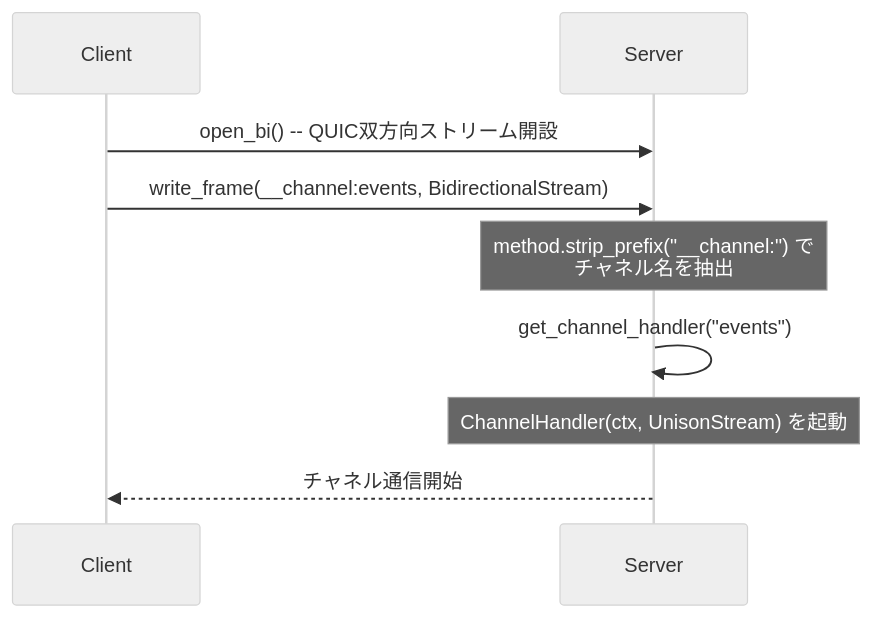
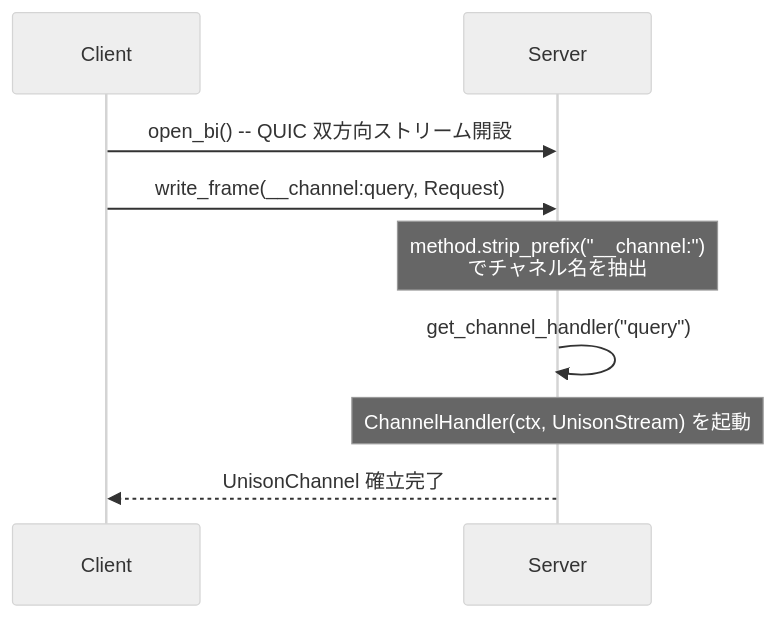
One commit to chronista-club/unison changed the fifth of 9 diagrams in spec/01-core-concept/SPEC.md. Above: the diagram before and after it, drawn with Mermaid (neutral theme). The commit also changed other lines of this file and 33 other files, not shown here.

````diff
--- a/spec/01-core-concept/SPEC.md
+++ b/spec/01-core-concept/SPEC.md
@@ -139,12 +164,12 @@
 ```mermaid
 sequenceDiagram
     participant C as Client
     participant S as Server
 
-    C->>S: open_bi() -- QUIC双方向ストリーム開設
-    C->>S: write_frame(__channel:events, BidirectionalStream)
-    Note over S: method.strip_prefix("__channel:") で<br/>チャネル名を抽出
-    S->>S: get_channel_handler("events")
+    C->>S: open_bi() -- QUIC 双方向ストリーム開設
+    C->>S: write_frame(__channel:query, Request)
+    Note over S: method.strip_prefix("__channel:")<br/>でチャネル名を抽出
+    S->>S: get_channel_handler("query")
     Note over S: ChannelHandler(ctx, UnisonStream) を起動
-    S-->>C: チャネル通信開始
+    S-->>C: UnisonChannel 確立完了
 ```
````
